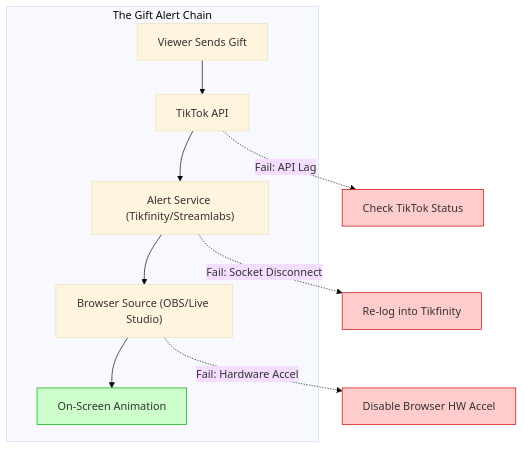
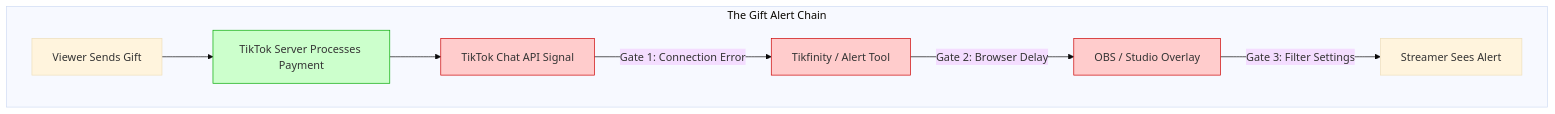
The diagram in data/blog/tiktok-live-gifts-not-showing-fix-2026.mdx (littl3-boat/ttwise), drawn with Mermaid (base theme) before and after one commit. The commit also changed other lines of this file and 3 other files, not shown here.

Commit message:
feat: add diagnostic blog for TikTok Live gift notification issues

````diff
--- a/data/blog/tiktok-live-gifts-not-showing-fix-2026.mdx
+++ b/data/blog/tiktok-live-gifts-not-showing-fix-2026.mdx
@@ -22,18 +25,16 @@
 ```mermaid
 graph TD
     subgraph "The Gift Alert Chain"
-        A["Viewer Sends Gift"] --> B["TikTok API"]
-        B --> C["Alert Service (Tikfinity/Streamlabs)"]
-        C --> D["Browser Source (OBS/Live Studio)"]
-        D --> E["On-Screen Animation"]
+        A["Viewer Sends Gift"] --> B["TikTok Server Processes Payment"]
+        B --> C["TikTok Chat API Signal"]
+        
+        C -- "Gate 1: Connection Error" --> D["Tikfinity / Alert Tool"]
+        D -- "Gate 2: Browser Delay" --> E["OBS / Studio Overlay"]
+        E -- "Gate 3: Filter Settings" --> F["Streamer Sees Alert"]
     end
     
-    B -.->|Fail: API Lag| X["Check TikTok Status"]
-    C -.->|Fail: Socket Disconnect| Y["Re-log into Tikfinity"]
-    D -.->|Fail: Hardware Accel| Z["Disable Browser HW Accel"]
-    
-    style X fill:#ffcccc,stroke:#cc0000
-    style Y fill:#ffcccc,stroke:#cc0000
-    style Z fill:#ffcccc,stroke:#cc0000
-    style E fill:#ccffcc,stroke:#00aa00
+    style B fill:#ccffcc,stroke:#00aa00
+    style C fill:#ffcccc,stroke:#cc0000
+    style D fill:#ffcccc,stroke:#cc0000
+    style E fill:#ffcccc,stroke:#cc0000
 ```
````
